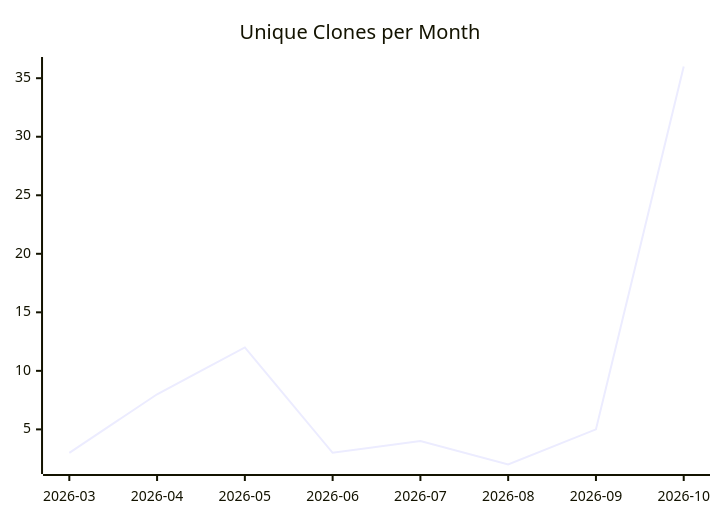
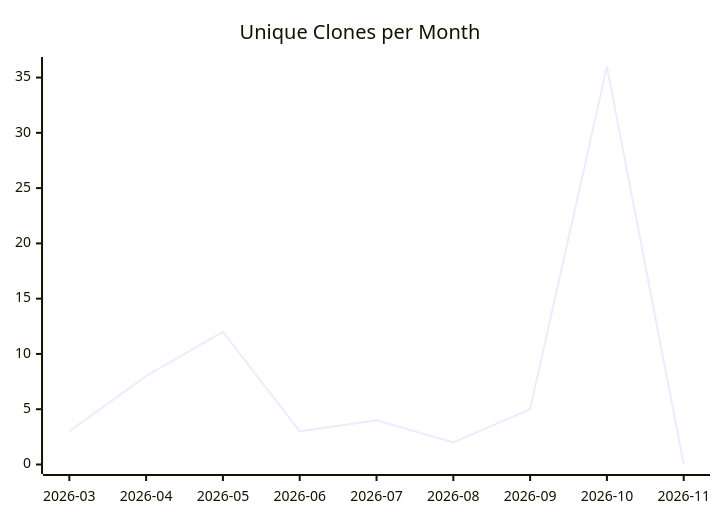
Before and after one commit to justdavis-family/github-analytics-data: the third of 3 diagrams in karlmdavis/puppet-sonar/README.md, drawn with Mermaid. The commit also changed other lines of this file and 201 other files, not shown here.

````diff
--- a/karlmdavis/puppet-sonar/README.md
+++ b/karlmdavis/puppet-sonar/README.md
@@ -19,6 +19,6 @@
 ```mermaid
 xychart-beta
   title "Unique Clones per Month"
-  x-axis ["2026-03", "2026-04", "2026-05", "2026-06", "2026-07", "2026-08", "2026-09", "2026-10"]
-  line [3, 8, 12, 3, 4, 2, 5, 36]
+  x-axis ["2026-03", "2026-04", "2026-05", "2026-06", "2026-07", "2026-08", "2026-09", "2026-10", "2026-11"]
+  line [3, 8, 12, 3, 4, 2, 5, 36, 0]
 ```
````
